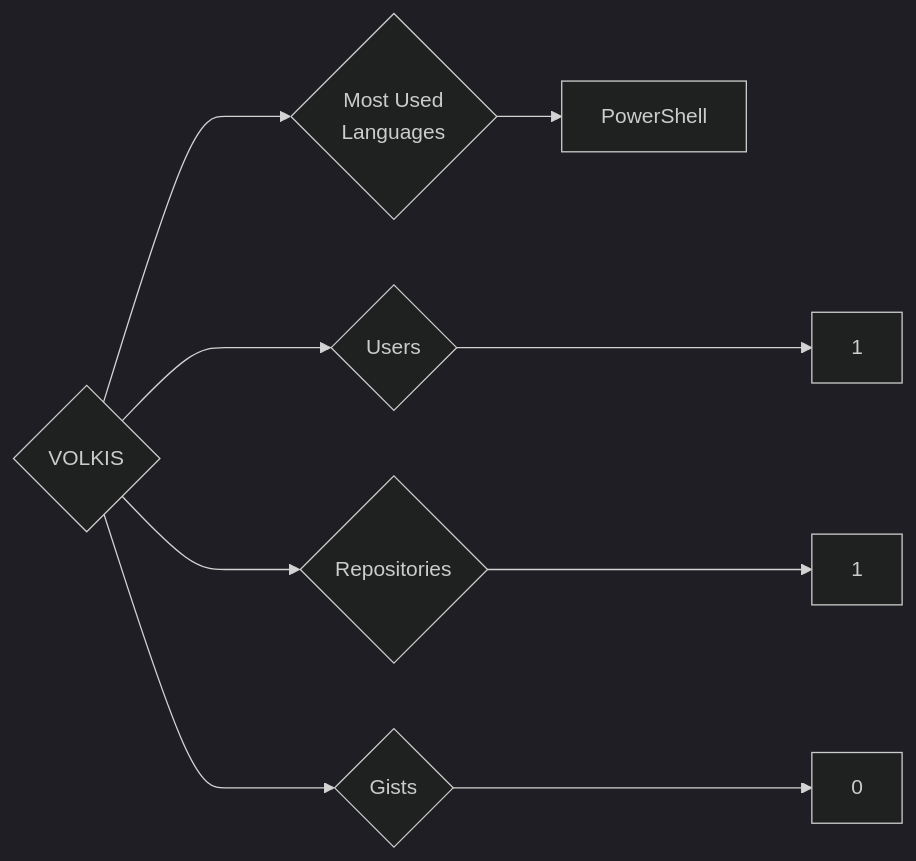
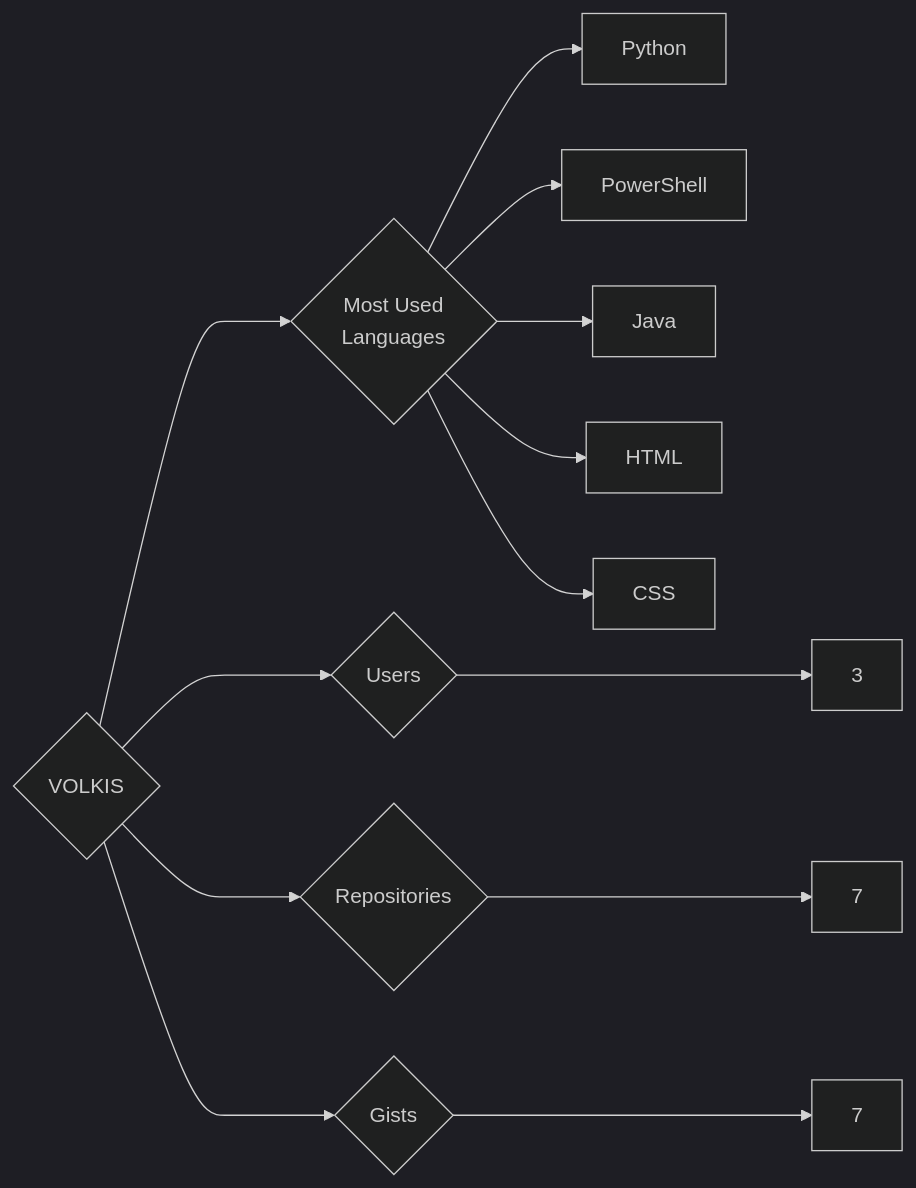
One commit to trickest/insiders changed the diagram in targets/VOLKIS/README.md. Above: the diagram before and after it, drawn with Mermaid (dark theme). The commit also changed 1696 other files, not shown here.

````diff
--- a/targets/VOLKIS/README.md
+++ b/targets/VOLKIS/README.md
@@ -3,9 +3,13 @@
 ```mermaid
 graph LR
 COMPANY_NAME{VOLKIS}
-COMPANY_NAME ---> U{Users} ---> UN[1]
-COMPANY_NAME ---> R{Repositories} ---> RN[1]
-COMPANY_NAME ---> G{Gists} ---> GN[0]
+COMPANY_NAME ---> U{Users} ---> UN[3]
+COMPANY_NAME ---> R{Repositories} ---> RN[7]
+COMPANY_NAME ---> G{Gists} ---> GN[7]
 COMPANY_NAME ---> ML{Most Used<br>Languages}
+ML --> Python[Python]
 ML --> PowerShell[PowerShell]
+ML --> Java[Java]
+ML --> HTML[HTML]
+ML --> CSS[CSS]
 ```
````
